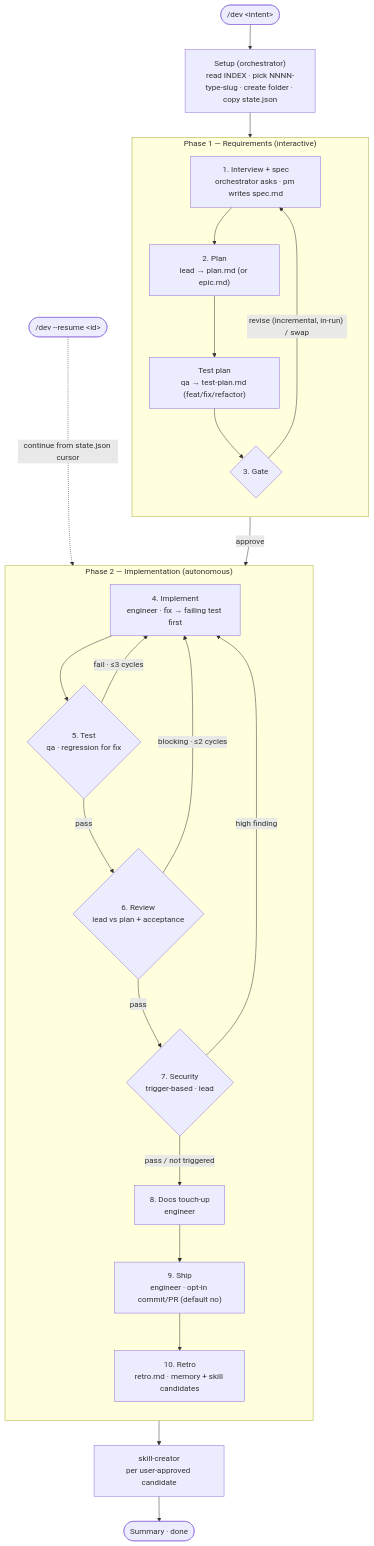
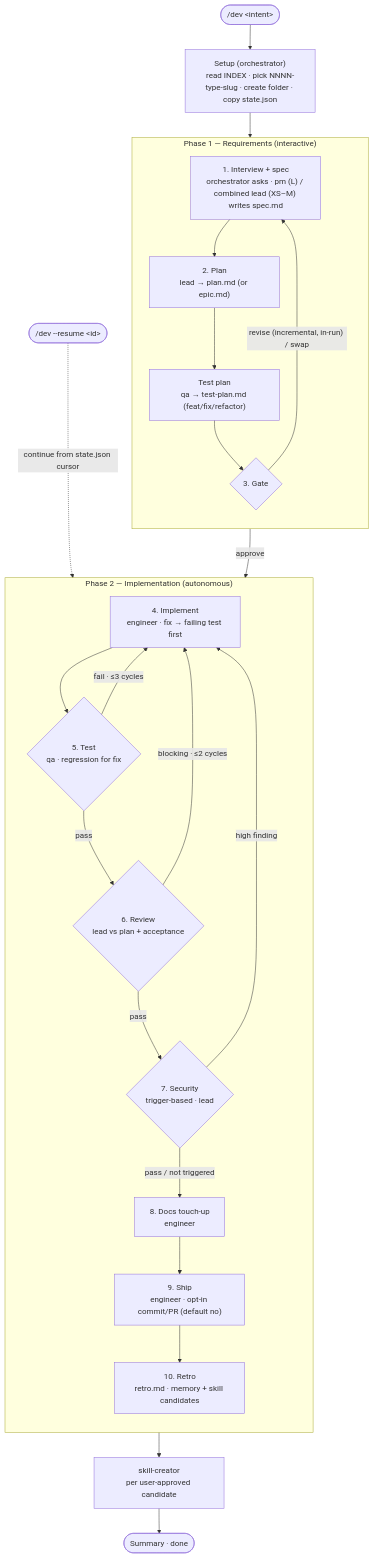
One commit to Maximumsoft-Co-LTD/claude-foundation changed the diagram in WORKFLOW.md. Above: the diagram before and after it, drawn with Mermaid. The commit also changed other lines of this file and 9 other files, not shown here.

First line of the commit message:
perf(workflow): extend combined lead fast path to M — pm and qa test-plan spawns reserved for L

````diff
--- a/WORKFLOW.md
+++ b/WORKFLOW.md
@@ -17,41 +17,41 @@
 ```mermaid
 flowchart TD
     Start(["/dev &lt;intent&gt;"]) --> Setup["Setup (orchestrator)<br/>read INDEX · pick NNNN-type-slug · create folder · copy state.json"]
 
     subgraph P1["Phase 1 — Requirements (interactive)"]
         direction TB
-        S1["1. Interview + spec<br/>orchestrator asks · pm writes spec.md"]
+        S1["1. Interview + spec<br/>orchestrator asks · pm (L) / combined lead (XS–M) writes spec.md"]
         S2["2. Plan<br/>lead → plan.md (or epic.md)"]
         S2T["Test plan<br/>qa → test-plan.md (feat/fix/refactor)"]
         S3{"3. Gate"}
         S1 --> S2 --> S2T --> S3
     end
 
     Setup --> S1
     S3 -- "revise (incremental, in-run) / swap" --> S1
     S3 -- "approve" --> S4
 
     subgraph P2["Phase 2 — Implementation (autonomous)"]
         direction TB
         S4["4. Implement<br/>engineer · fix → failing test first"]
         S5{"5. Test<br/>qa · regression for fix"}
         S6{"6. Review<br/>lead vs plan + acceptance"}
         S7{"7. Security<br/>trigger-based · lead"}
         S8["8. Docs touch-up<br/>engineer"]
         S9["9. Ship<br/>engineer · opt-in commit/PR (default no)"]
         S10["10. Retro<br/>retro.md · memory + skill candidates"]
         S4 --> S5
         S5 -- "pass" --> S6
         S6 -- "pass" --> S7
         S7 -- "pass / not triggered" --> S8 --> S9 --> S10
     end
 
     S5 -- "fail · ≤3 cycles" --> S4
     S6 -- "blocking · ≤2 cycles" --> S4
     S7 -- "high finding" --> S4
 
     S10 --> Skill["skill-creator<br/>per user-approved candidate"]
     Skill --> Done(["Summary · done"])
 
     Resume(["/dev --resume &lt;id&gt;"]) -. "continue from state.json cursor" .-> P2
 ```
````
